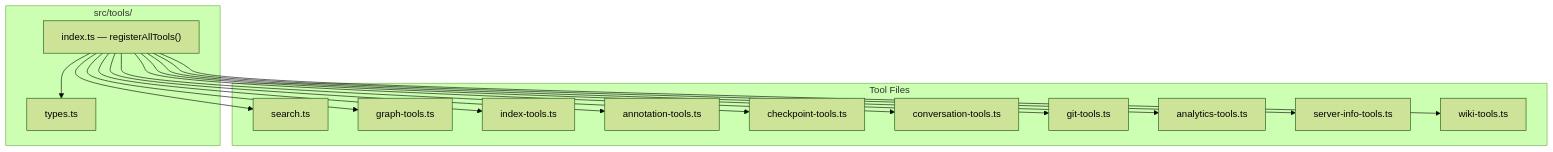
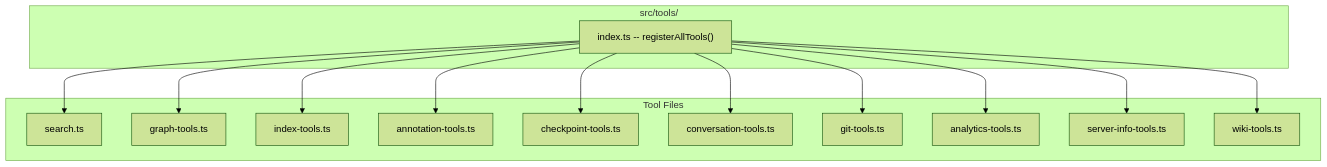
The first of 2 diagrams in wiki/modules/tools/index.md (TheWinci/mimirs), drawn with Mermaid (forest theme) before and after one commit. The commit also changed other lines of this file and 27 other files, not shown here.

````diff
--- a/wiki/modules/tools/index.md
+++ b/wiki/modules/tools/index.md
@@ -10,32 +10,30 @@
 ```mermaid
 flowchart TD
   subgraph toolsEntry["src/tools/"]
-    indexFile["index.ts — registerAllTools()"]
-    types["types.ts"]
+    indexFile["index.ts -- registerAllTools()"]
   end
 
   subgraph toolFiles["Tool Files"]
     searchTools["search.ts"]
     graphTools["graph-tools.ts"]
     indexTools["index-tools.ts"]
     annotationTools["annotation-tools.ts"]
     checkpointTools["checkpoint-tools.ts"]
     conversationTools["conversation-tools.ts"]
     gitTools["git-tools.ts"]
     analyticsTools["analytics-tools.ts"]
     serverInfoTools["server-info-tools.ts"]
     wikiTools["wiki-tools.ts"]
   end
 
   indexFile --> searchTools
   indexFile --> graphTools
   indexFile --> indexTools
   indexFile --> annotationTools
   indexFile --> checkpointTools
   indexFile --> conversationTools
   indexFile --> gitTools
   indexFile --> analyticsTools
   indexFile --> serverInfoTools
   indexFile --> wikiTools
-  indexFile --> types
 ```
````
